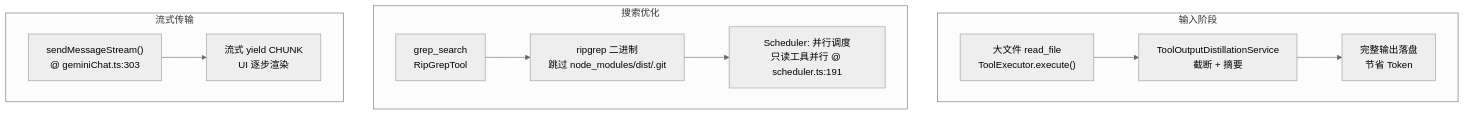
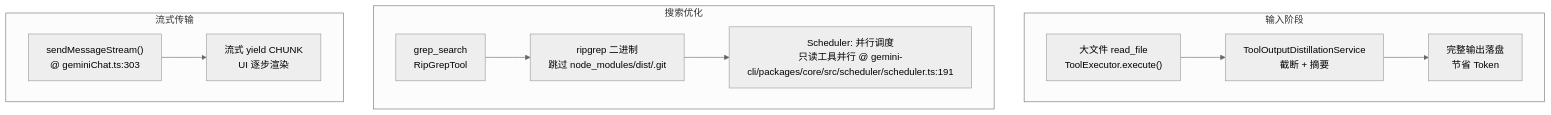
Before and after one commit to feuyeux/hello-olleh: the diagram in hello-gemini-cli/08-performance.md, drawn with Mermaid. The commit also changed other lines of this file and 36 other files, not shown here.

````diff
--- a/hello-gemini-cli/08-performance.md
+++ b/hello-gemini-cli/08-performance.md
@@ -23,17 +23,17 @@
 ```mermaid
 %%{init: {'theme': 'neutral'}}%%
 flowchart TD
     subgraph Input["输入阶段"]
         LargeFile["大文件 read_file<br/>ToolExecutor.execute()"] --> Distill["ToolOutputDistillationService<br/>截断 + 摘要"]
         Distill --> TokenSave["完整输出落盘<br/>节省 Token"]
     end
 
     subgraph Search["搜索优化"]
         Grep["grep_search<br/>RipGrepTool"] --> Ripgrep["ripgrep 二进制<br/>跳过 node_modules/dist/.git"]
-        Ripgrep --> Parallel["Scheduler: 并行调度<br/>只读工具并行 @ scheduler.ts:191"]
+        Ripgrep --> Parallel["Scheduler: 并行调度<br/>只读工具并行 @ gemini-cli/packages/core/src/scheduler/scheduler.ts:191"]
     end
 
     subgraph Stream["流式传输"]
         StreamGen["sendMessageStream()<br/>@ geminiChat.ts:303"] --> ChunkYield["流式 yield CHUNK<br/>UI 逐步渲染"]
     end
 ```
````
